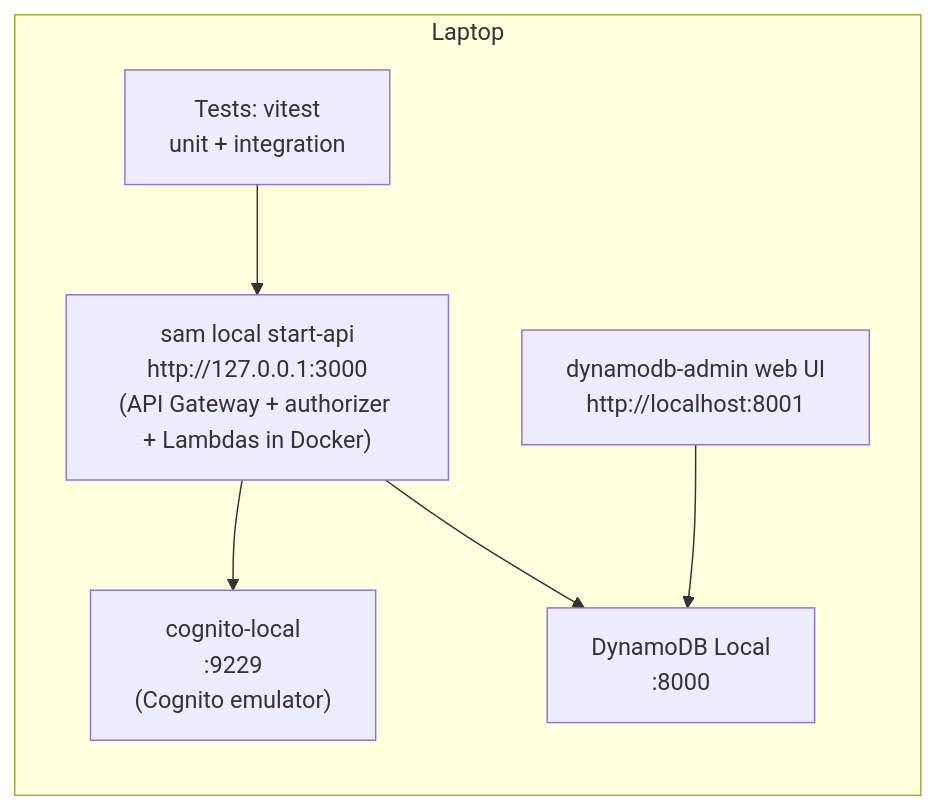
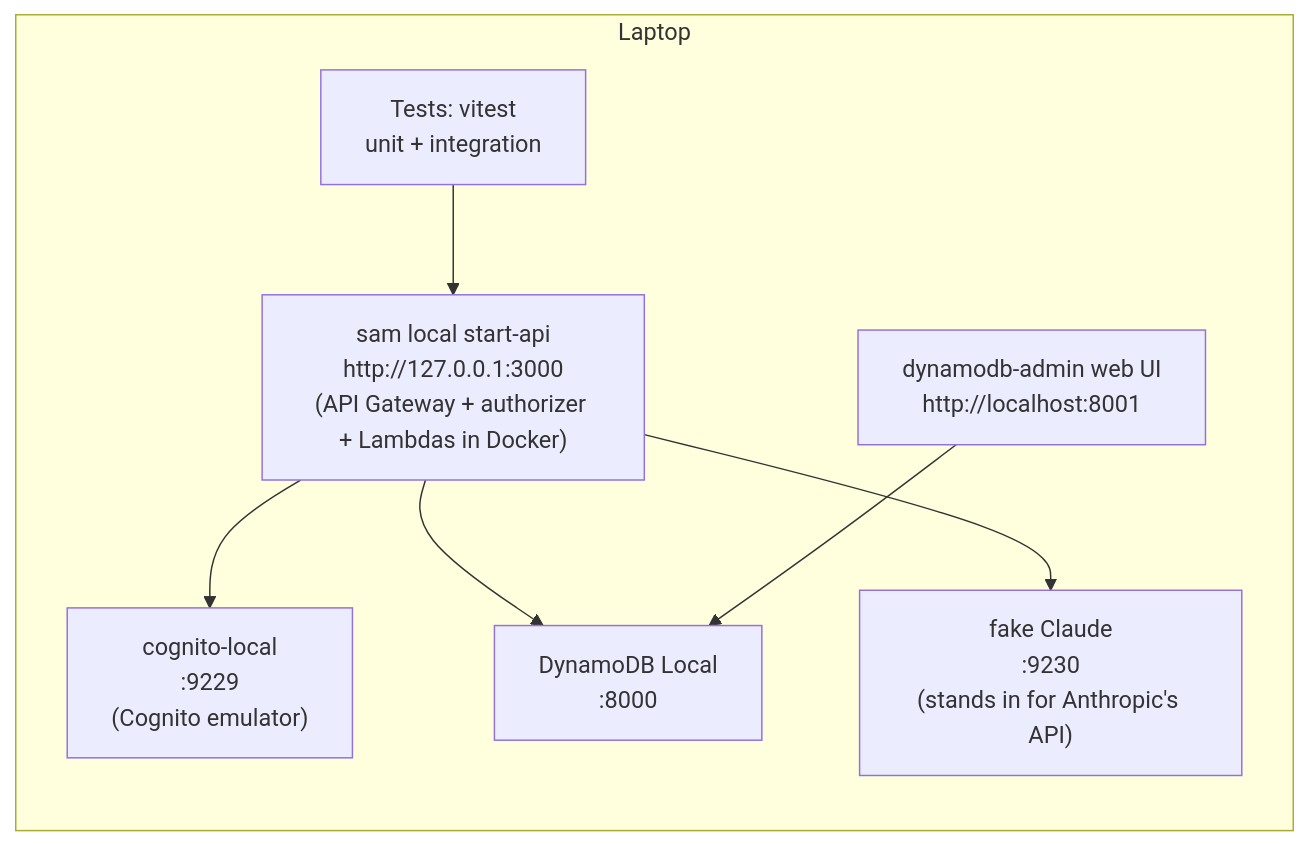
One commit to EnricoPicci/shared-calendar changed the tenth of 10 diagrams in docs/ARCHITECTURE.md. Above: the diagram before and after it, drawn with Mermaid. The commit also changed other lines of this file and 22 other files, not shown here.

````diff
--- a/docs/ARCHITECTURE.md
+++ b/docs/ARCHITECTURE.md
@@ -708,10 +708,12 @@
 ```mermaid
+%%{init: {'theme': 'default'}}%%
 flowchart LR
     subgraph Laptop
         T[Tests: vitest<br/>unit + integration] --> API
         API["sam local start-api<br/>http://127.0.0.1:3000<br/>(API Gateway + authorizer + Lambdas in Docker)"]
         API --> CL["cognito-local<br/>:9229<br/>(Cognito emulator)"]
         API --> DDB["DynamoDB Local<br/>:8000"]
+        API --> FC["fake Claude<br/>:9230<br/>(stands in for Anthropic's API)"]
         UI["dynamodb-admin web UI<br/>http://localhost:8001"] --> DDB
     end
 ```
````
